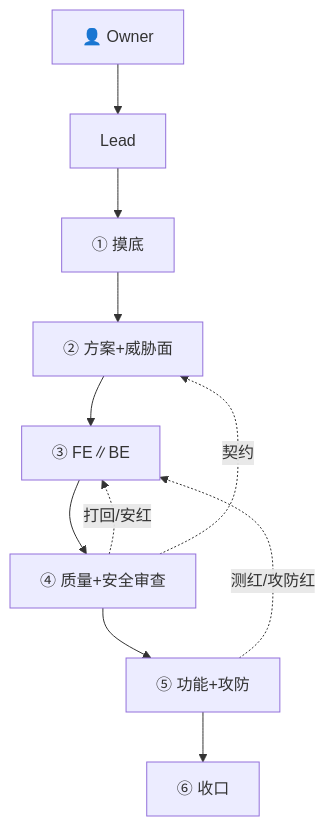
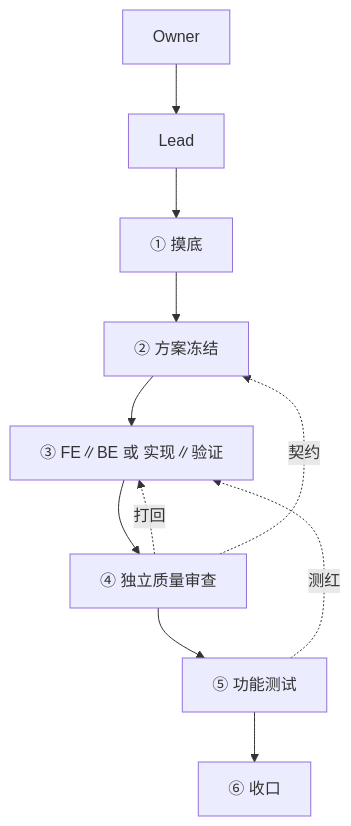
Before and after one commit to vx-zsck2020/DaiYu-Agent: the first of 3 diagrams in diagrams.md, drawn with Mermaid. The commit also changed other lines of this file and 15 other files, not shown here.

````diff
--- a/diagrams.md
+++ b/diagrams.md
@@ -3,15 +3,15 @@
 ```mermaid
 flowchart TB
-  YOU["👤 Owner"]
+  YOU["Owner"]
   L["Lead"]
   YOU --> L
   L --> G1["① 摸底"]
-  G1 --> G2["② 方案+威胁面"]
-  G2 --> G3["③ FE∥BE"]
-  G3 --> G4["④ 质量+安全审查"]
-  G4 --> G5["⑤ 功能+攻防"]
+  G1 --> G2["② 方案冻结"]
+  G2 --> G3["③ FE∥BE 或 实现∥验证"]
+  G3 --> G4["④ 独立质量审查"]
+  G4 --> G5["⑤ 功能测试"]
   G5 --> G6["⑥ 收口"]
-  G4 -.->|打回/安红| G3
-  G5 -.->|测红/攻防红| G3
+  G4 -.->|打回| G3
+  G5 -.->|测红| G3
   G4 -.->|契约| G2
 ```
````
